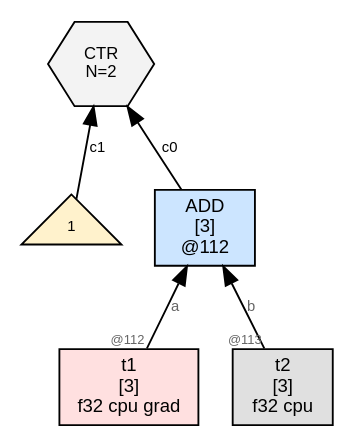
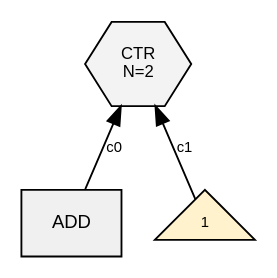
Before and after one commit to sw1sh/TinyHVM: the diagram in wl/examples/thvm_graphs/grad_rules/add/thvm_2_post_sweep.dot, drawn with Graphviz. The commit also changed 309 other files, not shown here.

First line of the commit message:
grad: GRAD_MODE_PAIR emits CTR{forward, backward}; step trace skips FUSE

```diff
--- a/wl/examples/thvm_graphs/grad_rules/add/thvm_2_post_sweep.dot
+++ b/wl/examples/thvm_graphs/grad_rules/add/thvm_2_post_sweep.dot
@@ -1,15 +1,11 @@
 digraph G {
   rankdir=BT;
   node [fontname="Helvetica", fontsize=10, style=filled, shape=box, margin="0.1,0.05"];
   edge [fontsize=8, fontname="Helvetica"];
 
-  n112 [label="ADD\n[3]\n@112", shape=box, fillcolor="#cce5ff"];
-  t1 [label="t1\n[3]\nf32 cpu grad",shape=box,fillcolor="#ffe0e0"];
-  t1 -> n112 [label="a",taillabel="@112",labelfontsize=7,fontcolor="#666666"];
-  t2 [label="t2\n[3]\nf32 cpu",shape=box,fillcolor="#e0e0e0"];
-  t2 -> n112 [label="b",taillabel="@113",labelfontsize=7,fontcolor="#666666"];
-  ctr109 [label="CTR\nN=2", shape=hexagon, fillcolor="#f3f3f3", fontsize=9];
-  n112 -> ctr109 [label="c0"];
-  num_ctr109_110 [label="1",shape=triangle,fillcolor="#fff2cc",fontsize=8];
-  num_ctr109_110 -> ctr109 [label="c1"];
+  ctr33 [label="CTR\nN=2", shape=hexagon, fillcolor="#f3f3f3", fontsize=9];
+  n23 [label="ADD", shape=box, fillcolor="#f0f0f0"];
+  n23 -> ctr33 [label="c0"];
+  num_ctr33_34 [label="1",shape=triangle,fillcolor="#fff2cc",fontsize=8];
+  num_ctr33_34 -> ctr33 [label="c1"];
 }
```
